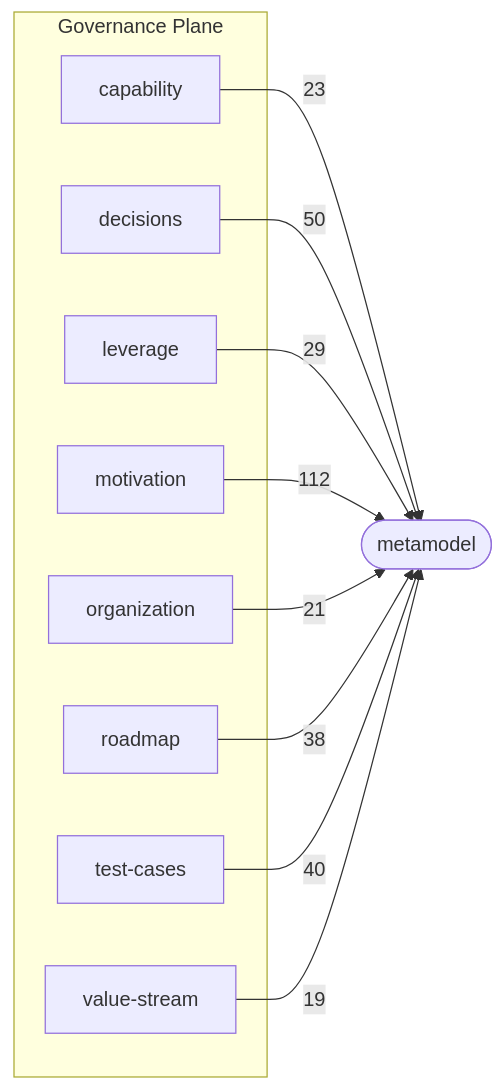
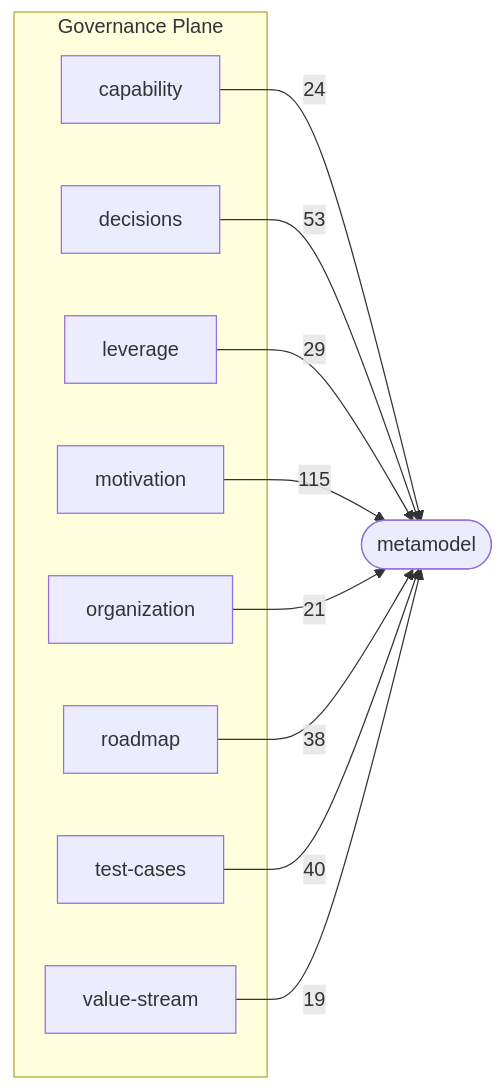
The third of 3 diagrams in docs/schema-atlas/v2.8/layer-map.md (Archally/blueprint-schema), drawn with Mermaid before and after one commit. The commit also changed other lines of this file and 273 other files, not shown here.

Commit message:
Blueprint Schema: the 2.8 line reaches 2.8.106

````diff
--- a/docs/schema-atlas/v2.8/layer-map.md
+++ b/docs/schema-atlas/v2.8/layer-map.md
@@ -139,22 +140,22 @@
 ```mermaid
 graph LR
     subgraph governance_plane["Governance Plane"]
         governance_capability_schema_yaml["capability"]
         governance_decisions_schema_yaml["decisions"]
         governance_leverage_schema_yaml["leverage"]
         governance_motivation_schema_yaml["motivation"]
         governance_organization_schema_yaml["organization"]
         governance_roadmap_schema_yaml["roadmap"]
         governance_test_cases_schema_yaml["test-cases"]
         governance_value_stream_schema_yaml["value-stream"]
     end
     metamodel_schema_yaml(["metamodel"])
-    governance_capability_schema_yaml -->|23| metamodel_schema_yaml
-    governance_decisions_schema_yaml -->|50| metamodel_schema_yaml
+    governance_capability_schema_yaml -->|24| metamodel_schema_yaml
+    governance_decisions_schema_yaml -->|53| metamodel_schema_yaml
     governance_leverage_schema_yaml -->|29| metamodel_schema_yaml
-    governance_motivation_schema_yaml -->|112| metamodel_schema_yaml
+    governance_motivation_schema_yaml -->|115| metamodel_schema_yaml
     governance_organization_schema_yaml -->|21| metamodel_schema_yaml
     governance_roadmap_schema_yaml -->|38| metamodel_schema_yaml
     governance_test_cases_schema_yaml -->|40| metamodel_schema_yaml
     governance_value_stream_schema_yaml -->|19| metamodel_schema_yaml
 ```
````
